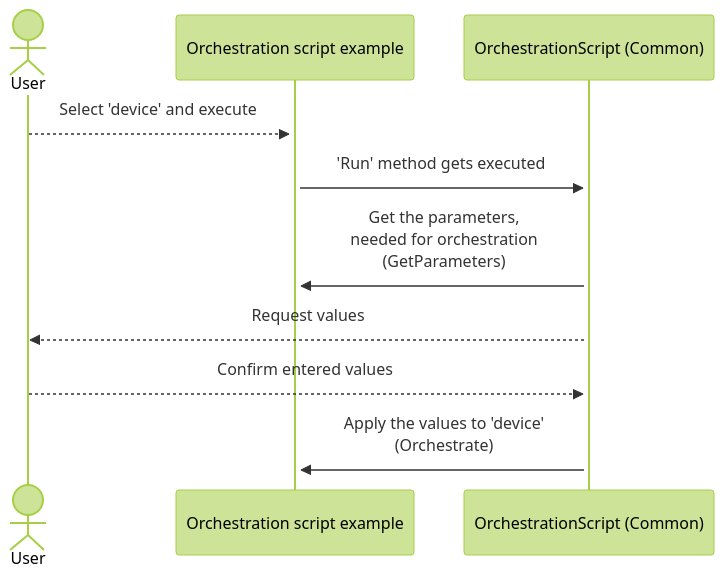
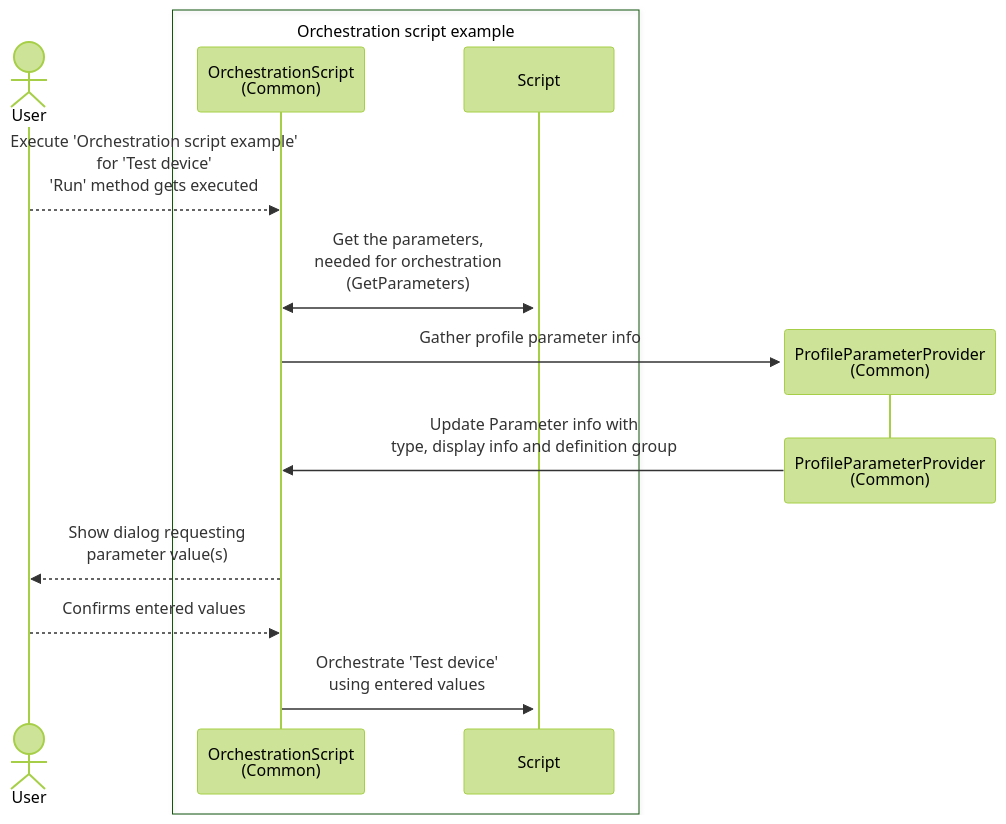
One commit to SkylineCommunications/SLC-S-OrchestrationHelperExample changed the first of 3 diagrams in README.md. Above: the diagram before and after it, drawn with Mermaid (forest theme). The commit also changed other lines of this file, not shown here.

Commit message:
review documentation

````diff
--- a/README.md
+++ b/README.md
@@ -34,12 +34,23 @@
 ```mermaid
 sequenceDiagram
-    actor U as User
-    participant E as Orchestration script example
-    participant O as OrchestrationScript (Common)
-    U-->>+E: Select 'device' and execute
-    E->>+O: 'Run' method gets executed
-    O->>E: Get the parameters,<br/>needed for orchestration<br/>(GetParameters)
-    O-->>U: Request values
-    U-->>O: Confirm entered values
-    O->>E: Apply the values to 'device'<br/>(Orchestrate)
+  actor U as User
+  
+  U -->> O: Execute 'Orchestration script example' <br/> for 'Test device'<br/>'Run' method gets executed
+
+  box Orchestration script example
+  participant O as OrchestrationScript<br/>(Common)
+  participant E as Script
+  end
+
+  O <<->>+ E: Get the parameters,<br/>needed for orchestration<br/>(GetParameters)
+
+  create participant P as ProfileParameterProvider<br/>(Common)
+  O ->> P: Gather profile parameter info 
+  destroy P
+  P ->> O: Update Parameter info with<br/>type, display info and definition group
+    
+  O -->> U: Show dialog requesting<br/>parameter value(s)  
+  U -->> O: Confirms entered values  
+  
+  O ->> E: Orchestrate 'Test device'<br/>using entered values
 ```
````
